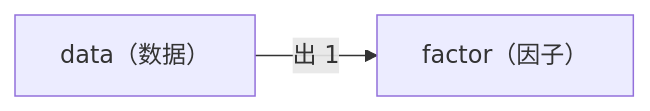
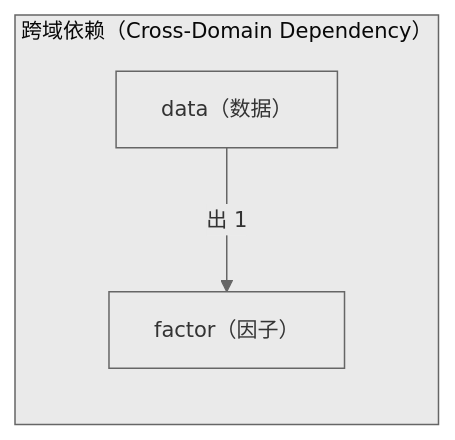
Before and after one commit to xuanFelixVan/ZephyrAlpha: the second of 2 diagrams in docs/02_enterprise_architecture/06_decision_architecture/06_decision_l2a_data.md, drawn with Mermaid. The commit also changed other lines of this file and 23 other files, not shown here.

First line of the commit message:
fix(decision-diagram): mermaid 图加 subgraph 容器 + clusterBkg 主题变量

````diff
--- a/docs/02_enterprise_architecture/06_decision_architecture/06_decision_l2a_data.md
+++ b/docs/02_enterprise_architecture/06_decision_architecture/06_decision_l2a_data.md
@@ -77,6 +78,9 @@
 ```mermaid
+%%{init: {'theme': 'base', 'themeVariables': {'primaryColor': '#eaeaea', 'primaryTextColor': '#333333', 'primaryBorderColor': '#666666', 'lineColor': '#666666', 'clusterBkg': '#eaeaea', 'clusterBorder': '#666666', 'fontSize': '14px'}}}%%
 flowchart LR
-    SELF["data（数据）"]
-    EXT_factor["factor（因子）"]
-    SELF -->|出 1| EXT_factor
+    subgraph cd_sg["跨域依赖（Cross-Domain Dependency）"]
+        SELF["data（数据）"]
+        EXT_factor["factor（因子）"]
+        SELF -->|出 1| EXT_factor
+    end
 ```
````
